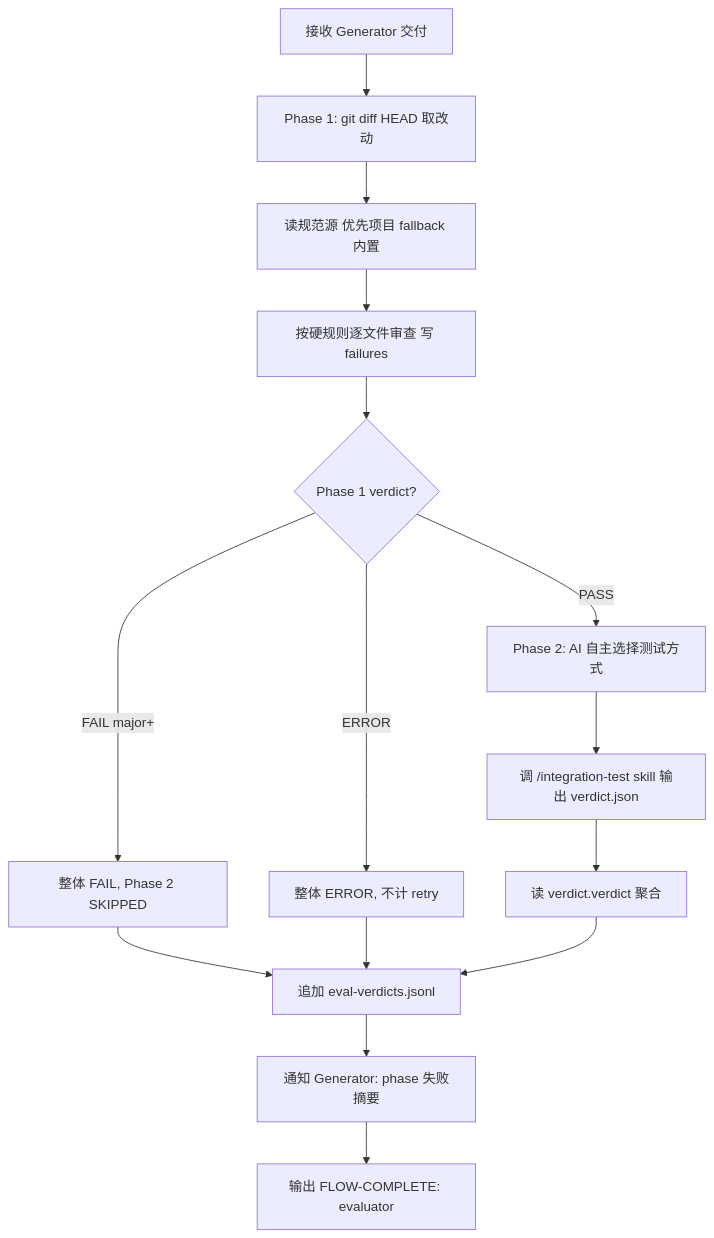
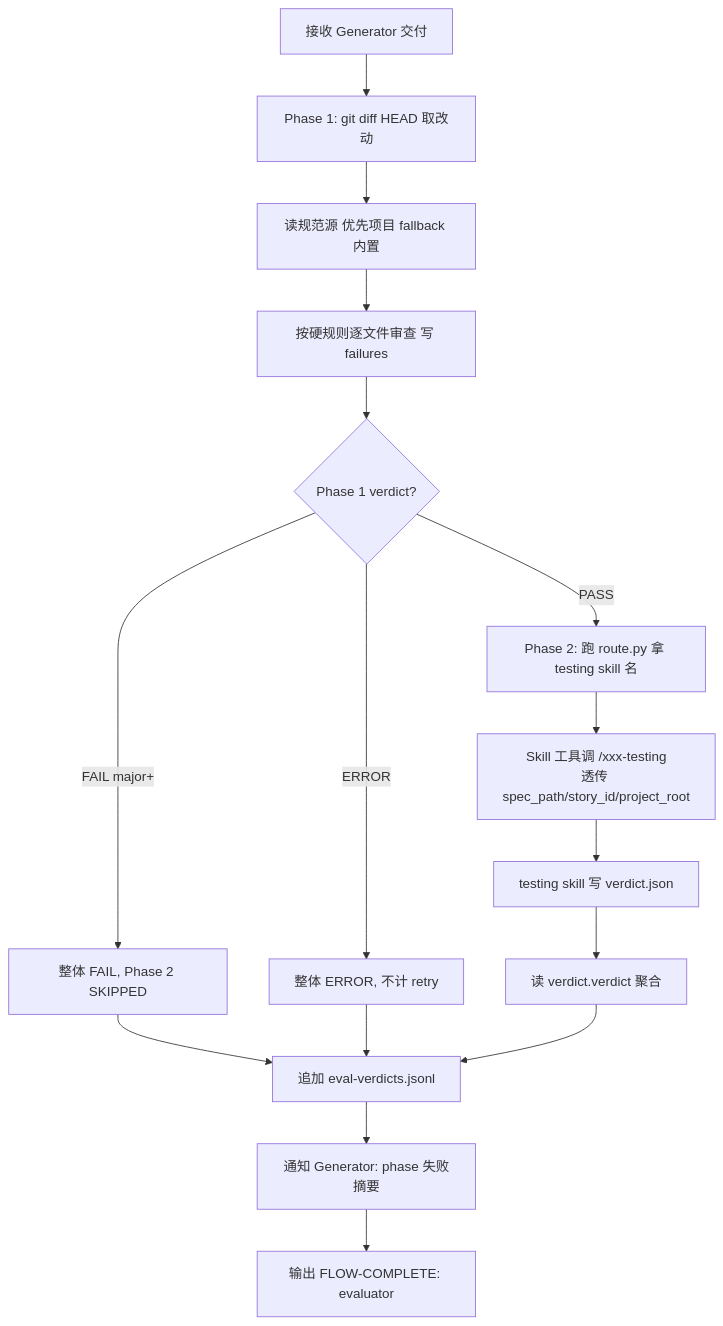
The diagram in .claude/agents/evaluator.md (dd-xiaozhi/dev-agent-flow), drawn with Mermaid before and after one commit. The commit also changed other lines of this file and 33 other files, not shown here.

````diff
--- a/.claude/agents/evaluator.md
+++ b/.claude/agents/evaluator.md
@@ -45,17 +48,18 @@
 ```mermaid
 flowchart TD
     A[接收 Generator 交付] --> B[Phase 1: git diff HEAD 取改动]
     B --> C[读规范源 优先项目 fallback 内置]
     C --> D[按硬规则逐文件审查 写 failures]
     D --> E{Phase 1 verdict?}
     E -- FAIL major+ --> F[整体 FAIL, Phase 2 SKIPPED]
     E -- ERROR --> G[整体 ERROR, 不计 retry]
-    E -- PASS --> H[Phase 2: AI 自主选择测试方式]
-    H --> I[调 /integration-test skill 输出 verdict.json]
+    E -- PASS --> H[Phase 2: 跑 route.py 拿 testing skill 名]
+    H --> H2[Skill 工具调 /xxx-testing<br/>透传 spec_path/story_id/project_root]
+    H2 --> I[testing skill 写 verdict.json]
     I --> J[读 verdict.verdict 聚合]
     F --> K[追加 eval-verdicts.jsonl]
     G --> K
     J --> K
     K --> L[通知 Generator: phase 失败摘要]
     L --> M[输出 FLOW-COMPLETE: evaluator]
 ```
````
